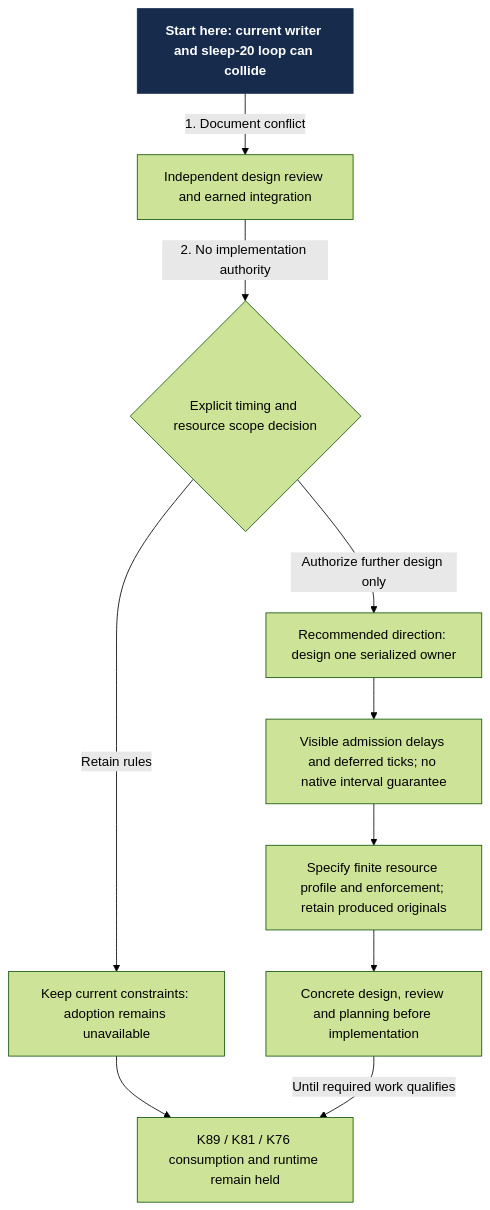
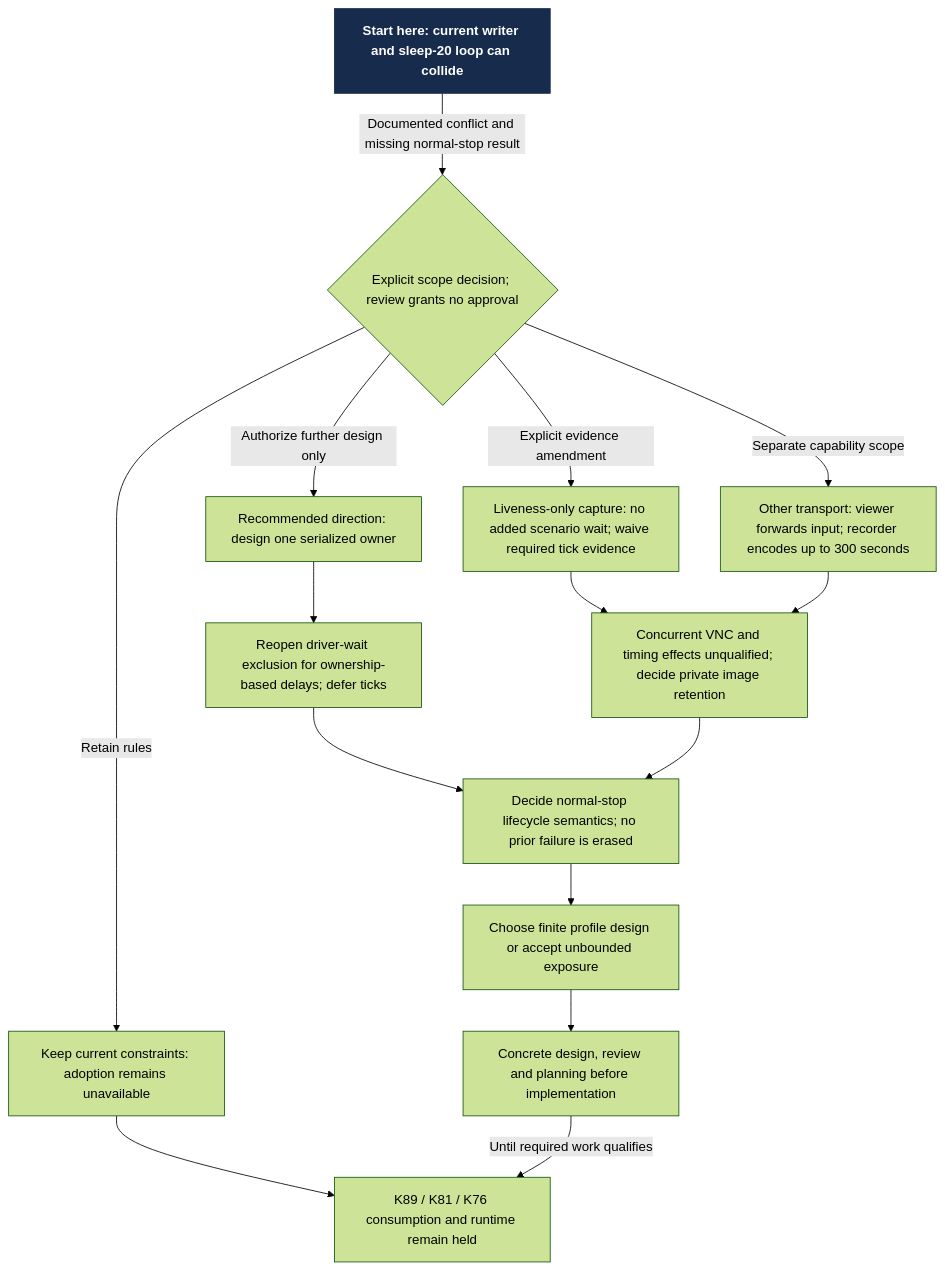
The diagram in docs/design/architecture/settings-activation/keepalive-scope.mmd (Linkuistics/Koine), drawn with Mermaid (forest theme) before and after one commit. The commit also changed 23 other files, not shown here.

Commit message:
settings-keepalive-coordination-k95: integrate the keepalive design review

```diff
--- a/docs/design/architecture/settings-activation/keepalive-scope.mmd
+++ b/docs/design/architecture/settings-activation/keepalive-scope.mmd
@@ -1,21 +1,29 @@
 flowchart TD
     start["Start here: current writer and sleep-20 loop can collide"]
-    review["Independent design review and earned integration"]
-    choice{"Explicit timing and resource scope decision"}
+    choice{"Explicit scope decision; review grants no approval"}
     keep["Keep current constraints: adoption remains unavailable"]
     serial["Recommended direction: design one serialized owner"]
-    cost["Visible admission delays and deferred ticks; no native interval guarantee"]
-    profile["Specify finite resource profile and enforcement; retain produced originals"]
+    cost["Reopen driver-wait exclusion for ownership-based delays; defer ticks"]
+    ping["Liveness-only capture: no added scenario wait; waive required tick evidence"]
+    transport["Other transport: viewer forwards input; recorder encodes up to 300 seconds"]
+    risk["Concurrent VNC and timing effects unqualified; decide private image retention"]
+    stop["Decide normal-stop lifecycle semantics; no prior failure is erased"]
+    profile["Choose finite profile design or accept unbounded exposure"]
     design["Concrete design, review and planning before implementation"]
     held["K89 / K81 / K76 consumption and runtime remain held"]
-    start -->|1. Document conflict| review
-    review -->|2. No implementation authority| choice
+    start -->|Documented conflict and missing normal-stop result| choice
     choice -->|Retain rules| keep
     choice -->|Authorize further design only| serial
+    choice -->|Explicit evidence amendment| ping
+    choice -->|Separate capability scope| transport
     serial --> cost
-    cost --> profile
+    ping --> risk
+    transport --> risk
+    cost --> stop
+    risk --> stop
+    stop --> profile
     profile --> design
     keep --> held
     design -->|Until required work qualifies| held
     classDef start fill:#172b4d,color:#fff,stroke:#172b4d,font-weight:bold
     class start start
```
